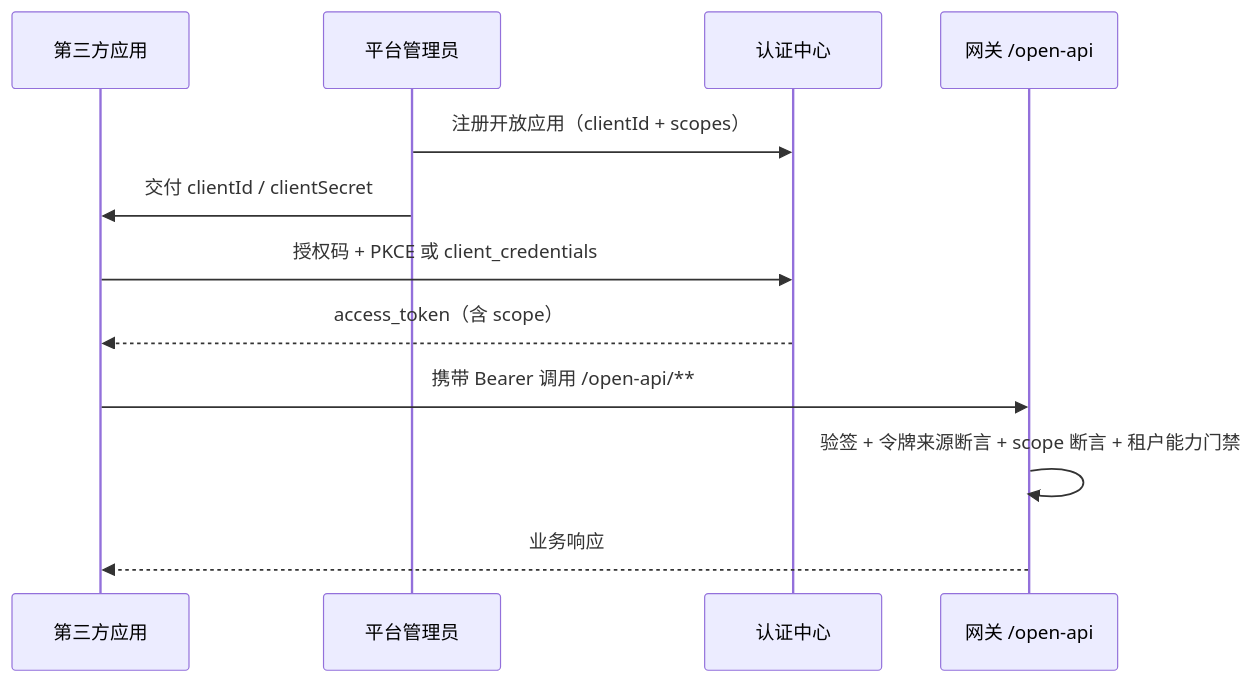
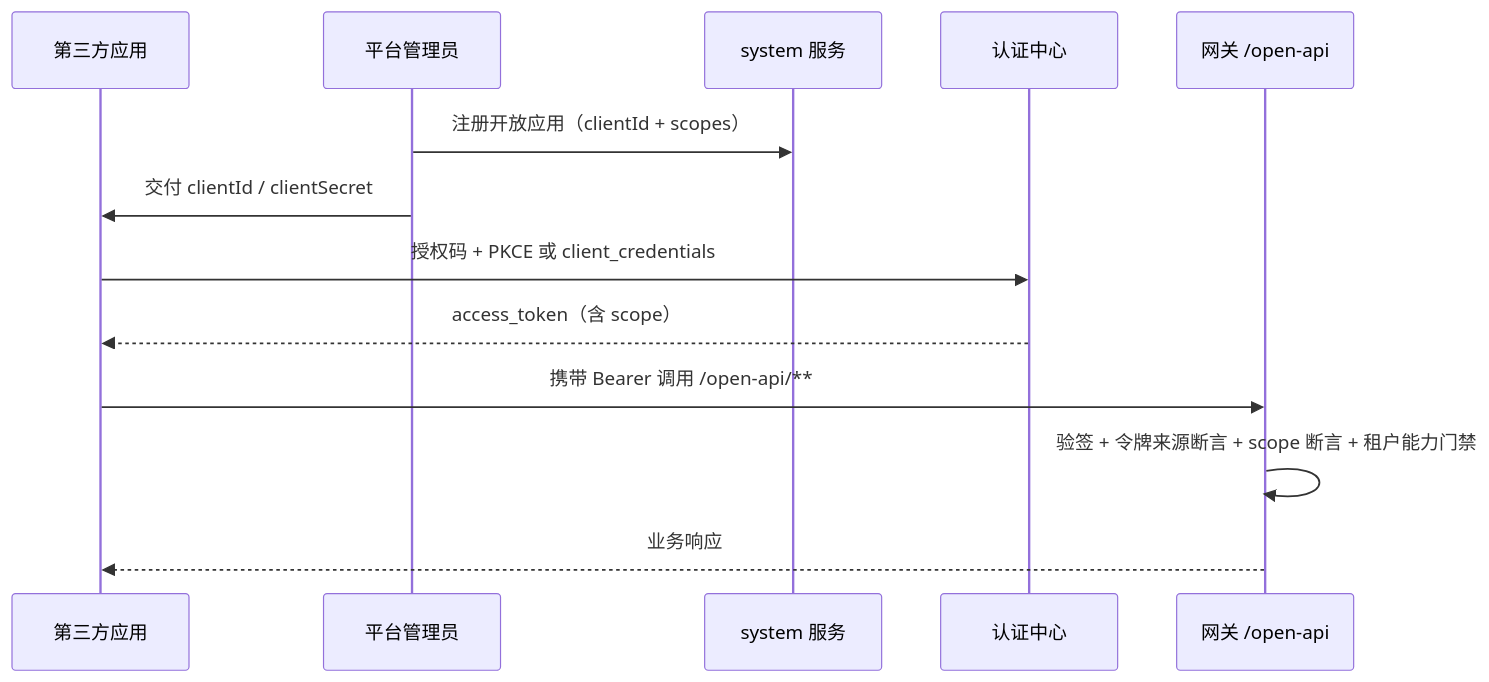
Before and after one commit to apex-cloud-service/apex-scaffold: the diagram in docs/03-api/open-platform-integration.md, drawn with Mermaid. The commit also changed other lines of this file and 17 other files, not shown here.

````diff
--- a/docs/03-api/open-platform-integration.md
+++ b/docs/03-api/open-platform-integration.md
@@ -7,15 +7,16 @@
 ```mermaid
 sequenceDiagram
     participant App as 第三方应用
     participant Admin as 平台管理员
+    participant System as system 服务
     participant Auth as 认证中心
     participant GW as 网关 /open-api
 
-    Admin->>Auth: 注册开放应用（clientId + scopes）
+    Admin->>System: 注册开放应用（clientId + scopes）
     Admin->>App: 交付 clientId / clientSecret
     App->>Auth: 授权码 + PKCE 或 client_credentials
     Auth-->>App: access_token（含 scope）
     App->>GW: 携带 Bearer 调用 /open-api/**
     GW->>GW: 验签 + 令牌来源断言 + scope 断言 + 租户能力门禁
     GW-->>App: 业务响应
 ```
````
